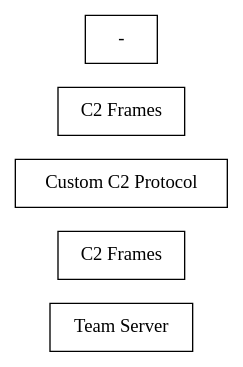
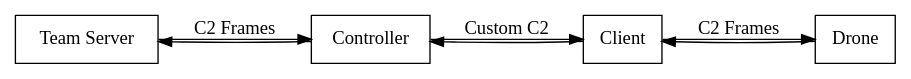
One commit to rasta-mouse/SharpC2-Docs changed the diagram in docs/source/external-c2.rst. Above: the diagram before and after it, drawn with Graphviz. The commit also changed other lines of this file, not shown here.

```diff
--- a/docs/source/external-c2.rst
+++ b/docs/source/external-c2.rst
@@ -6,16 +6,19 @@
 .. graphviz::
 
-    digraph G {
-        rankdir="LR";
+   digraph foo {
+    rankdir="LR";
+    node [shape=box];
 
-        node [shape=box];
+    teamserver [label="Team Server"];
+    controller [label="Controller"];
+    client [label="Client"];
+    drone [label="Drone"];
 
-        tc [label="Team Server"];
-        c1 [label="3rd Party Controller"];
-        c2 [label="3rd Party Client"];
-        dr [label="Drone"];
+    teamserver -> controller [label="C2 Frames"];
+    controller -> client [label="Custom C2"];
+    client -> drone [label="C2 Frames"];
 
-        tc <-> c1 [label="C2 Frames"];
-        c1 <-> c2 [label="Custom C2 Protocol"];
-        c2 <-> dr [label="C2 Frames"];
-    }
+    controller -> teamserver;
+    client -> controller;
+    drone -> client
+   }
```
